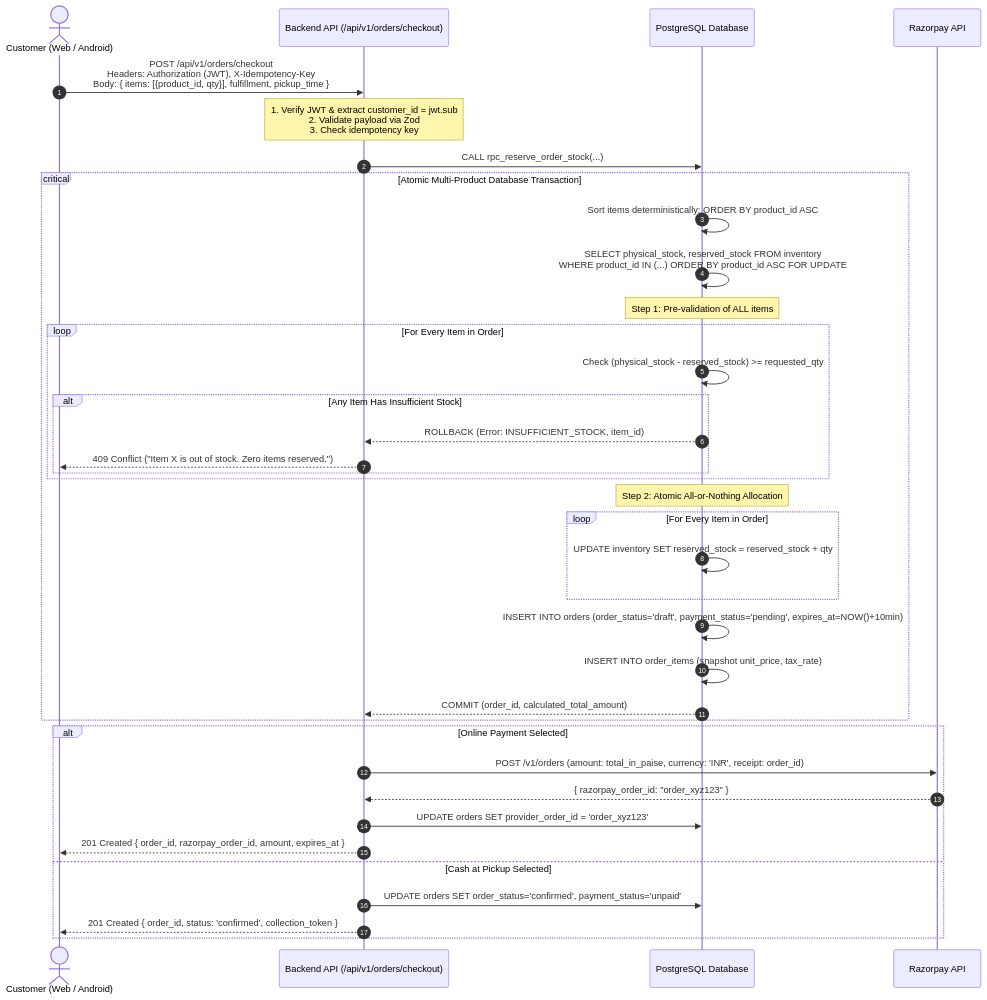
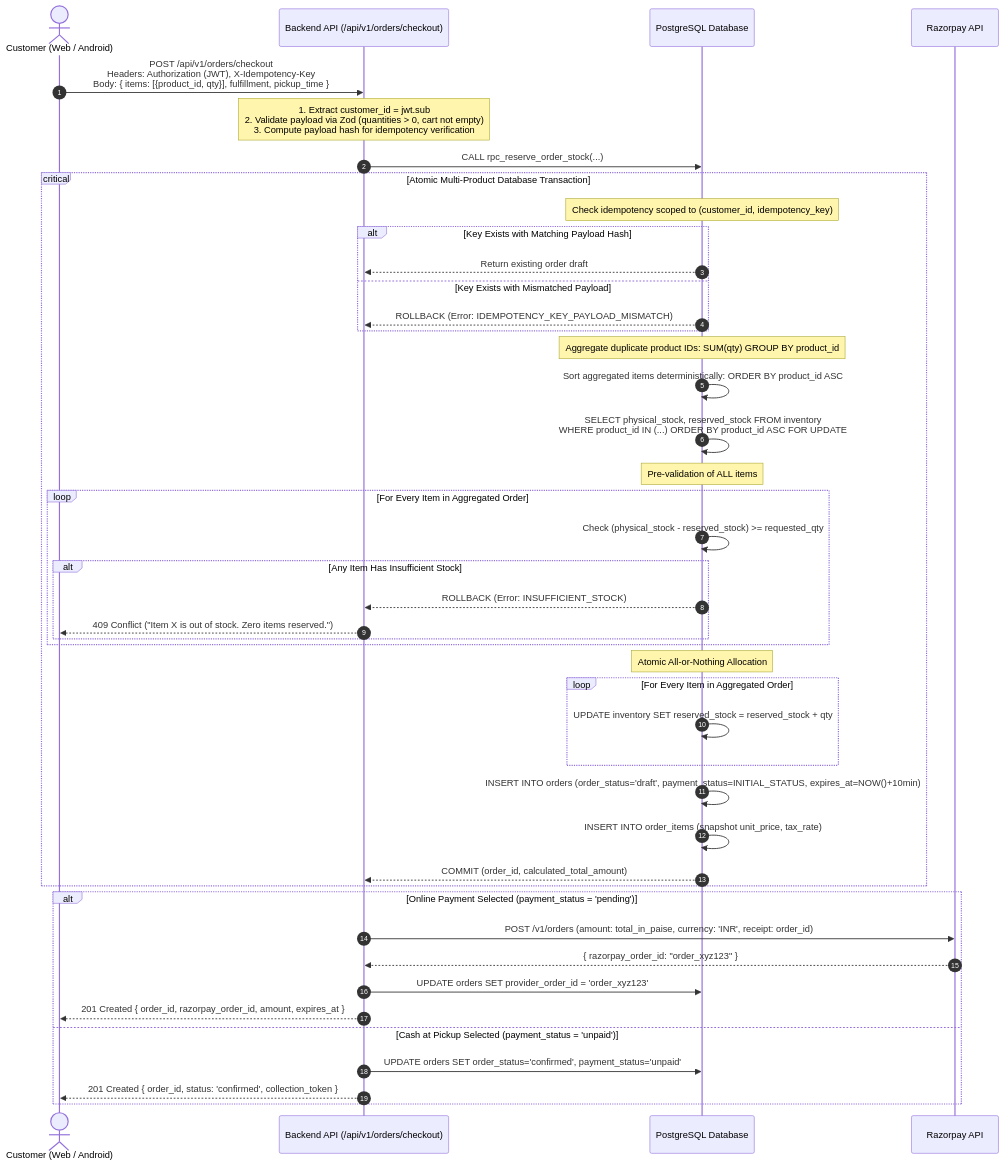
Before and after one commit to AbhinavKumar36/orange: the second of 5 diagrams in docs/phase-0/SYSTEM_ARCHITECTURE.md, drawn with Mermaid. The commit also changed other lines of this file and 9 other files, not shown here.

Commit message:
docs(phase-0.3): final database and security consistency pass: checkout validation, customer-scoped idempotency, cash unpaid state, and function hardening

````diff
--- a/docs/phase-0/SYSTEM_ARCHITECTURE.md
+++ b/docs/phase-0/SYSTEM_ARCHITECTURE.md
@@ -175,45 +144,53 @@
 ```mermaid
 sequenceDiagram
     autonumber
     actor Customer as Customer (Web / Android)
     participant API as Backend API (/api/v1/orders/checkout)
     participant DB as PostgreSQL Database
     participant RP as Razorpay API
 
     Customer->>API: POST /api/v1/orders/checkout<br/>Headers: Authorization (JWT), X-Idempotency-Key<br/>Body: { items: [{product_id, qty}], fulfillment, pickup_time }
     
-    Note over API: 1. Verify JWT & extract customer_id = jwt.sub<br/>2. Validate payload via Zod<br/>3. Check idempotency key
+    Note over API: 1. Extract customer_id = jwt.sub<br/>2. Validate payload via Zod (quantities > 0, cart not empty)<br/>3. Compute payload hash for idempotency verification
     API->>DB: CALL rpc_reserve_order_stock(...)
     
     critical Atomic Multi-Product Database Transaction
-        DB->>DB: Sort items deterministically: ORDER BY product_id ASC
+        Note over DB: Check idempotency scoped to (customer_id, idempotency_key)
+        alt Key Exists with Matching Payload Hash
+            DB-->>API: Return existing order draft
+        else Key Exists with Mismatched Payload
+            DB-->>API: ROLLBACK (Error: IDEMPOTENCY_KEY_PAYLOAD_MISMATCH)
+        end
+
+        Note over DB: Aggregate duplicate product IDs: SUM(qty) GROUP BY product_id
+        DB->>DB: Sort aggregated items deterministically: ORDER BY product_id ASC
         DB->>DB: SELECT physical_stock, reserved_stock FROM inventory<br/>WHERE product_id IN (...) ORDER BY product_id ASC FOR UPDATE
         
-        Note over DB: Step 1: Pre-validation of ALL items
-        loop For Every Item in Order
+        Note over DB: Pre-validation of ALL items
+        loop For Every Item in Aggregated Order
             DB->>DB: Check (physical_stock - reserved_stock) >= requested_qty
             alt Any Item Has Insufficient Stock
-                DB-->>API: ROLLBACK (Error: INSUFFICIENT_STOCK, item_id)
+                DB-->>API: ROLLBACK (Error: INSUFFICIENT_STOCK)
                 API-->>Customer: 409 Conflict ("Item X is out of stock. Zero items reserved.")
             end
         end
 
-        Note over DB: Step 2: Atomic All-or-Nothing Allocation
-        loop For Every Item in Order
+        Note over DB: Atomic All-or-Nothing Allocation
+        loop For Every Item in Aggregated Order
             DB->>DB: UPDATE inventory SET reserved_stock = reserved_stock + qty
         end
-        DB->>DB: INSERT INTO orders (order_status='draft', payment_status='pending', expires_at=NOW()+10min)
+        DB->>DB: INSERT INTO orders (order_status='draft', payment_status=INITIAL_STATUS, expires_at=NOW()+10min)
         DB->>DB: INSERT INTO order_items (snapshot unit_price, tax_rate)
         DB-->>API: COMMIT (order_id, calculated_total_amount)
     end
 
-    alt Online Payment Selected
+    alt Online Payment Selected (payment_status = 'pending')
         API->>RP: POST /v1/orders (amount: total_in_paise, currency: 'INR', receipt: order_id)
         RP-->>API: { razorpay_order_id: "order_xyz123" }
         API->>DB: UPDATE orders SET provider_order_id = 'order_xyz123'
         API-->>Customer: 201 Created { order_id, razorpay_order_id, amount, expires_at }
-    else Cash at Pickup Selected
+    else Cash at Pickup Selected (payment_status = 'unpaid')
         API->>DB: UPDATE orders SET order_status='confirmed', payment_status='unpaid'
         API-->>Customer: 201 Created { order_id, status: 'confirmed', collection_token }
     end
 ```
````
